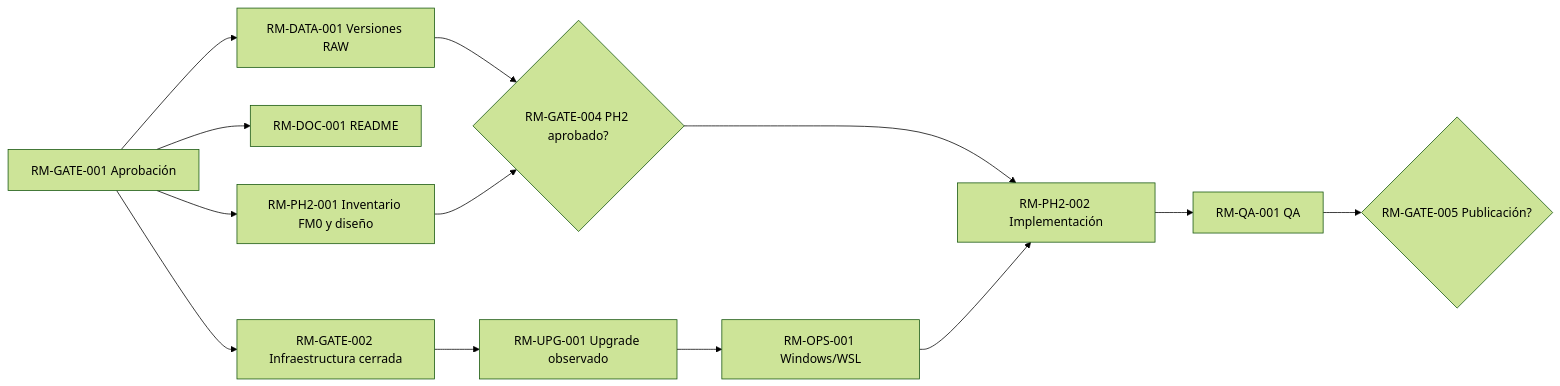
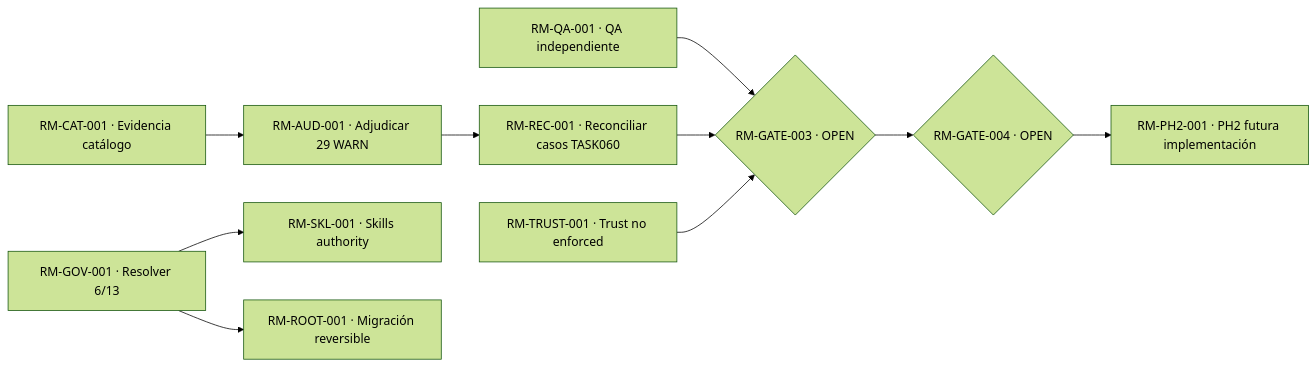
One commit to PSM44/KT.MovemAcc changed diagram 12 of 13 in 03_DOCS/MANAGEMENT/ROADMAP_INTEGRAL.md. Above: the diagram before and after it, drawn with Mermaid (forest theme). The commit also changed other lines of this file and 4 other files, not shown here.

Commit message:
docs(ktma): synchronize approved roadmap MR0 HO1 and baton

````diff
--- a/03_DOCS/MANAGEMENT/ROADMAP_INTEGRAL.md
+++ b/03_DOCS/MANAGEMENT/ROADMAP_INTEGRAL.md
@@ -78,15 +825,12 @@
 ```mermaid
 flowchart LR
- RM_GATE_001[RM-GATE-001 Aprobación] --> RM_GATE_002[RM-GATE-002 Infraestructura cerrada]
- RM_GATE_002 --> RM_UPG_001[RM-UPG-001 Upgrade observado]
- RM_GATE_001 --> RM_DOC_001[RM-DOC-001 README]
- RM_GATE_001 --> RM_DATA_001[RM-DATA-001 Versiones RAW]
- RM_GATE_001 --> RM_PH2_001[RM-PH2-001 Inventario FM0 y diseño]
- RM_UPG_001 --> RM_OPS_001[RM-OPS-001 Windows/WSL]
- RM_DATA_001 --> RM_GATE_004{RM-GATE-004 PH2 aprobado?}
- RM_PH2_001 --> RM_GATE_004
- RM_GATE_004 --> RM_PH2_002[RM-PH2-002 Implementación]
- RM_OPS_001 --> RM_PH2_002
- RM_PH2_002 --> RM_QA_001[RM-QA-001 QA]
- RM_QA_001 --> RM_GATE_005{RM-GATE-005 Publicación?}
+ CAT["RM-CAT-001 · Evidencia catálogo"] --> AUD["RM-AUD-001 · Adjudicar 29 WARN"]
+ AUD --> REC["RM-REC-001 · Reconciliar casos TASK060"]
+ QA["RM-QA-001 · QA independiente"] --> G3{"RM-GATE-003 · OPEN"}
+ REC --> G3
+ TRUST["RM-TRUST-001 · Trust no enforced"] --> G3
+ G3 --> G4{"RM-GATE-004 · OPEN"}
+ G4 --> PH2["RM-PH2-001 · PH2 futura implementación"]
+ GOV["RM-GOV-001 · Resolver 6/13"] --> SKL["RM-SKL-001 · Skills authority"]
+ GOV --> ROOT["RM-ROOT-001 · Migración reversible"]
 ```
````
